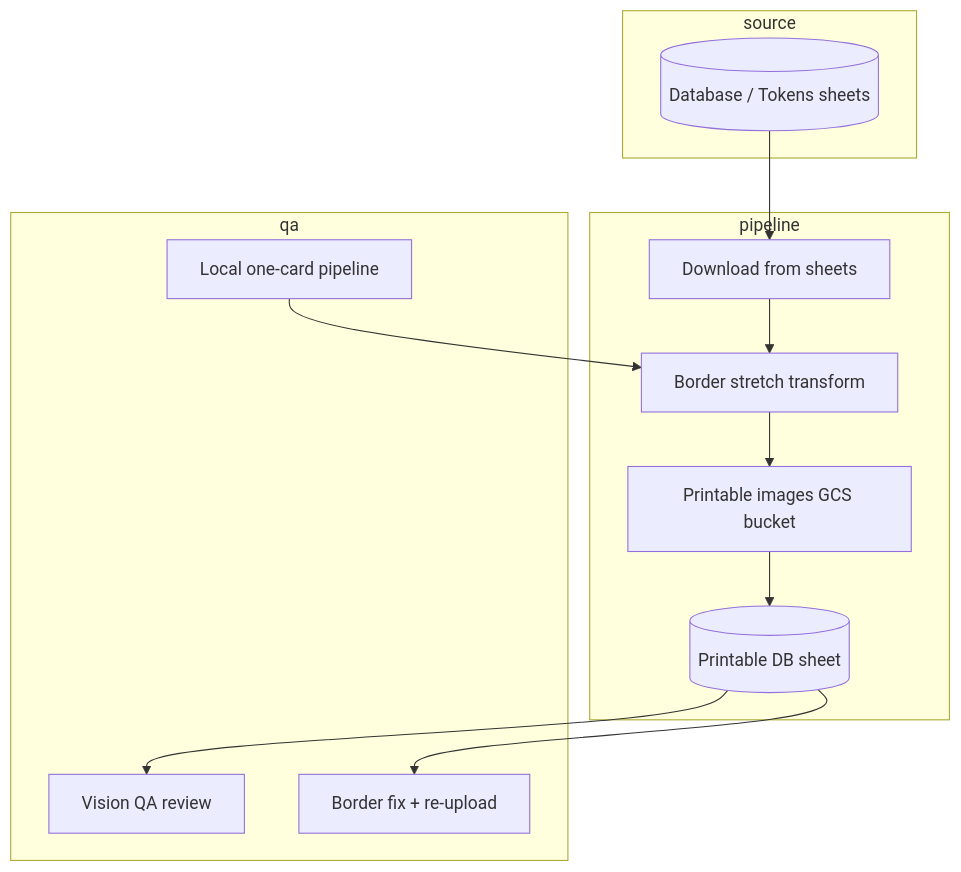
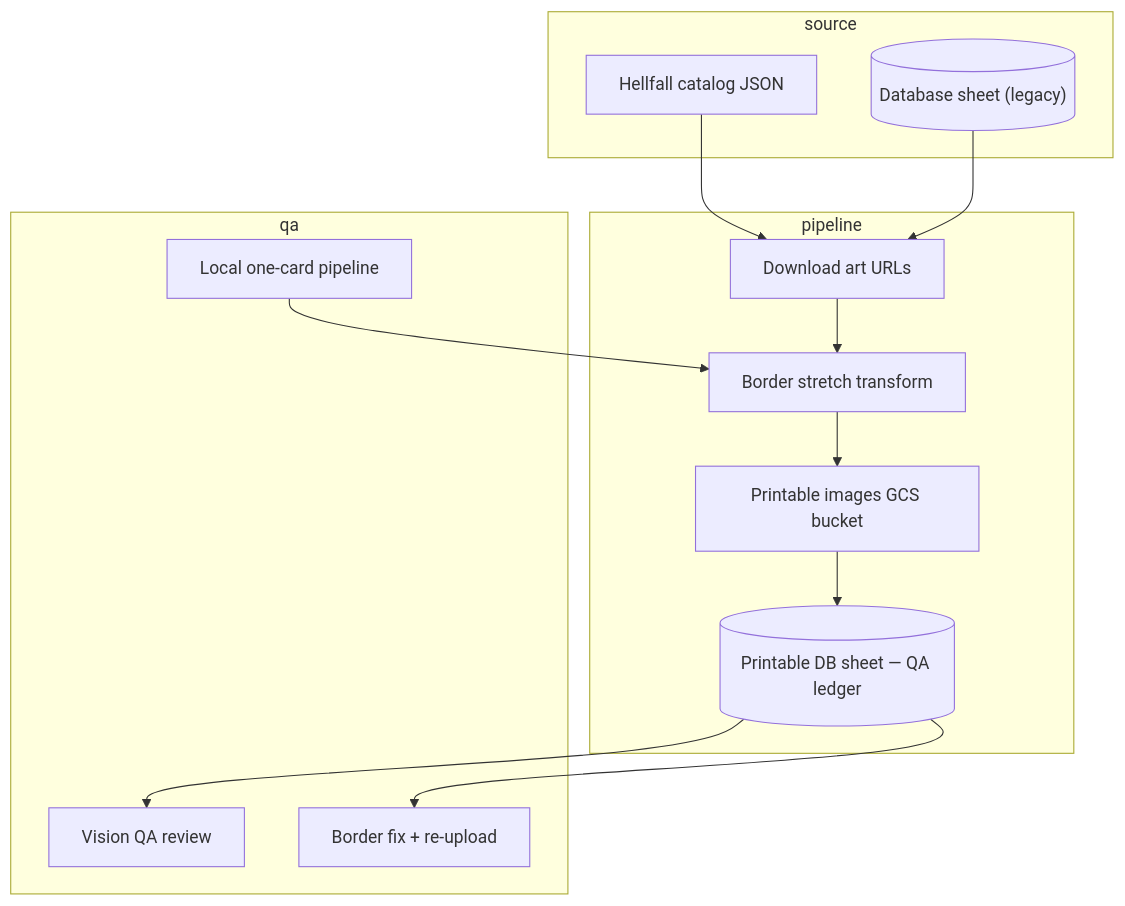
The first of 3 diagrams in docs/card-flows/scripts.md (bones-bones/mork), drawn with Mermaid before and after one commit. The commit also changed other lines of this file and 35 other files, not shown here.

First line of the commit message:
Promote cards into Hellfall at veto intake and finish sheet→catalog migration.

````diff
--- a/docs/card-flows/scripts.md
+++ b/docs/card-flows/scripts.md
@@ -9,23 +15,25 @@
 ```mermaid
 flowchart TD
   subgraph source
-    DB[("Database / Tokens sheets")]
+    CAT["Hellfall catalog JSON"]
+    DB[("Database sheet (legacy)")]
   end
 
   subgraph pipeline
-    DL["Download from sheets"] --> ST["Border stretch transform"]
+    DL["Download art URLs"] --> ST["Border stretch transform"]
     ST --> GCS["Printable images GCS bucket"]
-    GCS --> PDB[("Printable DB sheet")]
+    GCS --> PDB[("Printable DB sheet — QA ledger")]
   end
 
   subgraph qa
     REV["Vision QA review"]
     FIX["Border fix + re-upload"]
     LOCAL["Local one-card pipeline"]
   end
 
+  CAT --> DL
   DB --> DL
   PDB --> REV
   PDB --> FIX
   LOCAL --> ST
 ```
````
